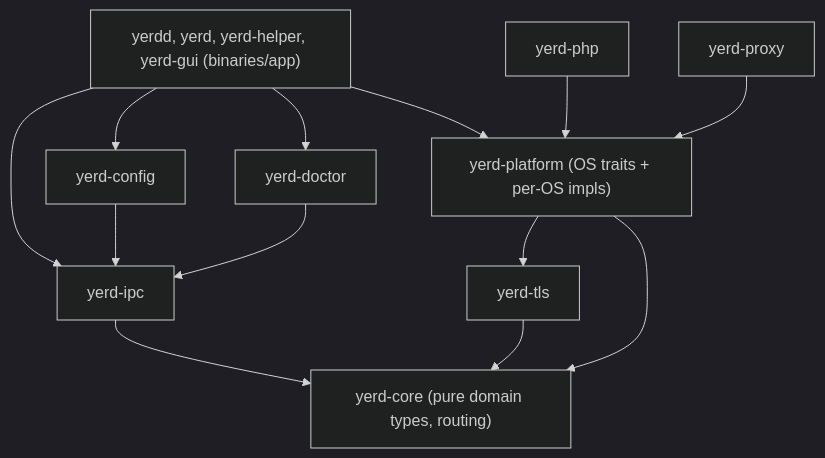
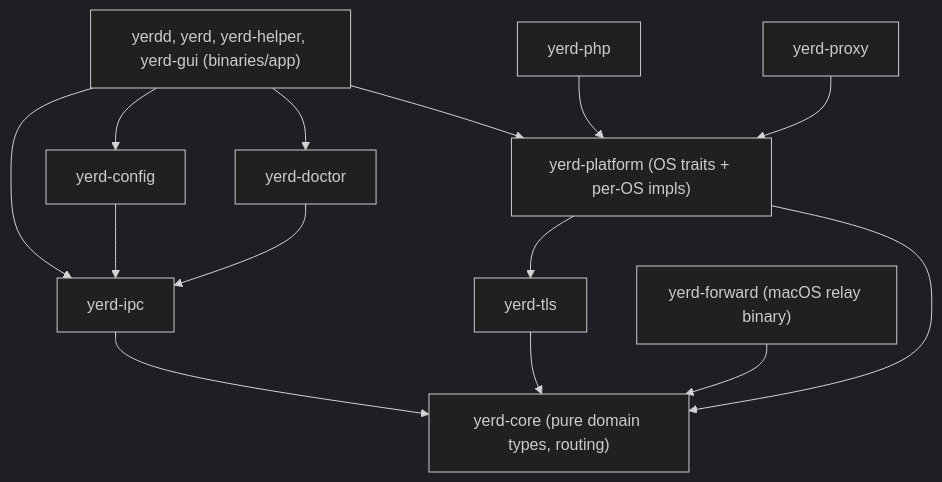
One commit to forjedio/yerd changed the second of 2 diagrams in docs/developer/architecture.md. Above: the diagram before and after it, drawn with Mermaid (dark theme). The commit also changed other lines of this file and 72 other files, not shown here.

````diff
--- a/docs/developer/architecture.md
+++ b/docs/developer/architecture.md
@@ -188,25 +194,27 @@
 ```mermaid
 flowchart TD
     CORE["yerd-core (pure domain types, routing)"]
     IPC["yerd-ipc"]
     TLS["yerd-tls"]
     CONFIG["yerd-config"]
     DOCTOR["yerd-doctor"]
     PLATFORM["yerd-platform (OS traits + per-OS impls)"]
     PHP["yerd-php"]
     PROXY["yerd-proxy"]
     BINS["yerdd, yerd, yerd-helper, yerd-gui (binaries/app)"]
+    FWD["yerd-forward (macOS relay binary)"]
 
     IPC --> CORE
     TLS --> CORE
     CONFIG --> IPC
     DOCTOR --> IPC
     PLATFORM --> TLS
     PLATFORM --> CORE
     PHP --> PLATFORM
     PROXY --> PLATFORM
     BINS --> IPC
     BINS --> CONFIG
     BINS --> DOCTOR
     BINS --> PLATFORM
+    FWD --> CORE
 ```
````
